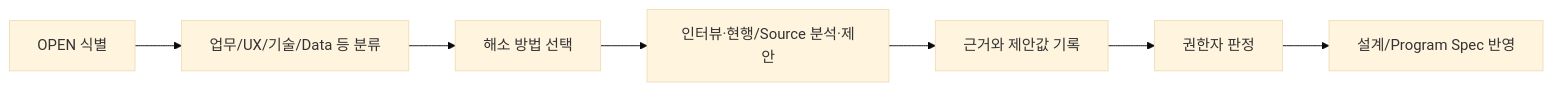
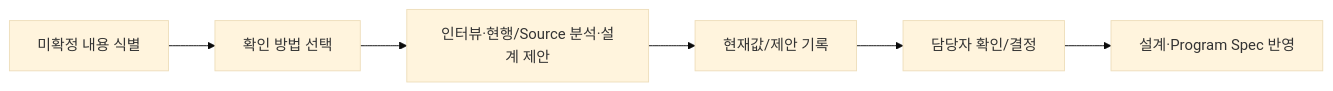
Before and after one commit to Seunghyun0606/SDLC_DDD_SDD: the diagram in sdlc/templates/core/open-resolution-workbook.md, drawn with Mermaid (base theme). The commit also changed other lines of this file, not shown here.

Commit message:
refactor: simplify open resolution workbook for human use

````diff
--- a/sdlc/templates/core/open-resolution-workbook.md
+++ b/sdlc/templates/core/open-resolution-workbook.md
@@ -29,4 +29,4 @@
 ```mermaid
 flowchart LR
-    O["OPEN 식별"] --> C["업무/UX/기술/Data 등 분류"] --> M["해소 방법 선택"] --> E["인터뷰·현행/Source 분석·제안"] --> D["근거와 제안값 기록"] --> A["권한자 판정"] --> R["설계/Program Spec 반영"]
+    O["미확정 내용 식별"] --> A["확인 방법 선택"] --> E["인터뷰·현행/Source 분석·설계 제안"] --> V["현재값/제안 기록"] --> D["담당자 확인/결정"] --> R["설계·Program Spec 반영"]
 ```
````
